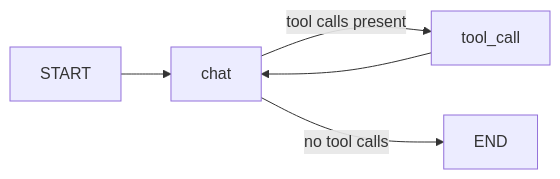
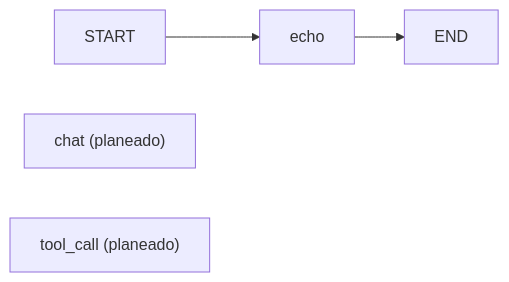
The second of 2 diagrams in docs/architecture.md (dinoesau/langgraph-template), drawn with Mermaid before and after one commit. The commit also changed other lines of this file and 21 other files, not shown here.

````diff
--- a/docs/architecture.md
+++ b/docs/architecture.md
@@ -64,7 +65,7 @@
 ```mermaid
 graph LR
-    START --> chat
-    chat -->|tool calls present| tool_call
-    tool_call --> chat
-    chat -->|no tool calls| END
+    START --> echo
+    echo --> END
+    chat["chat (planeado)"]
+    tool_call["tool_call (planeado)"]
 ```
````
